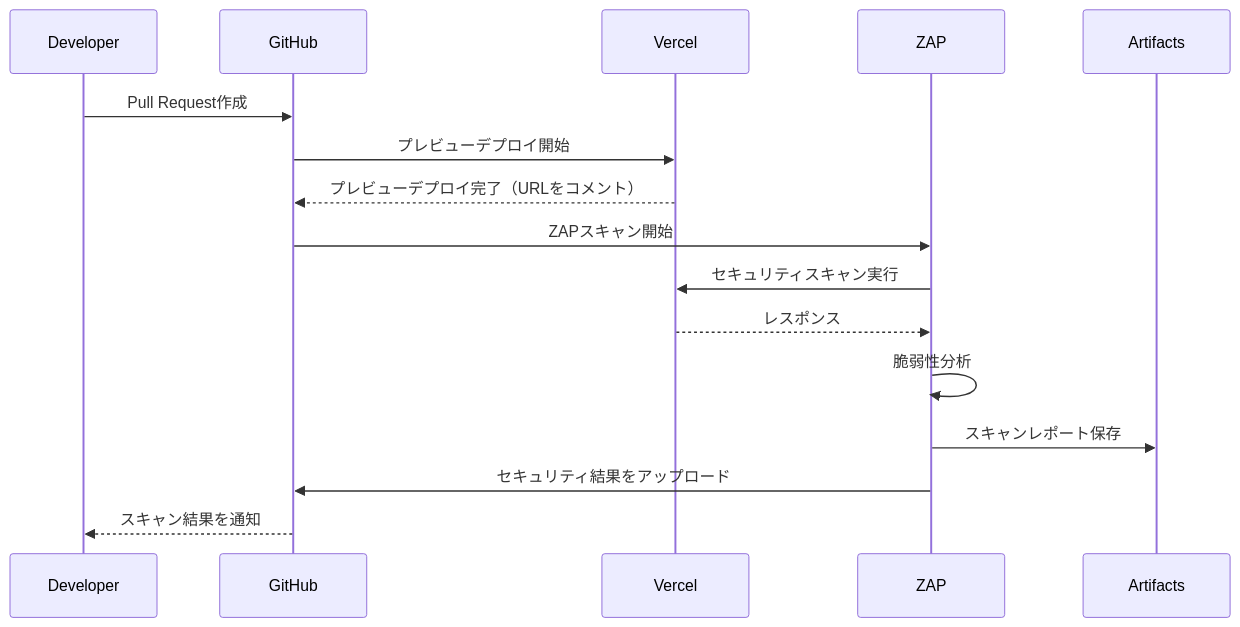
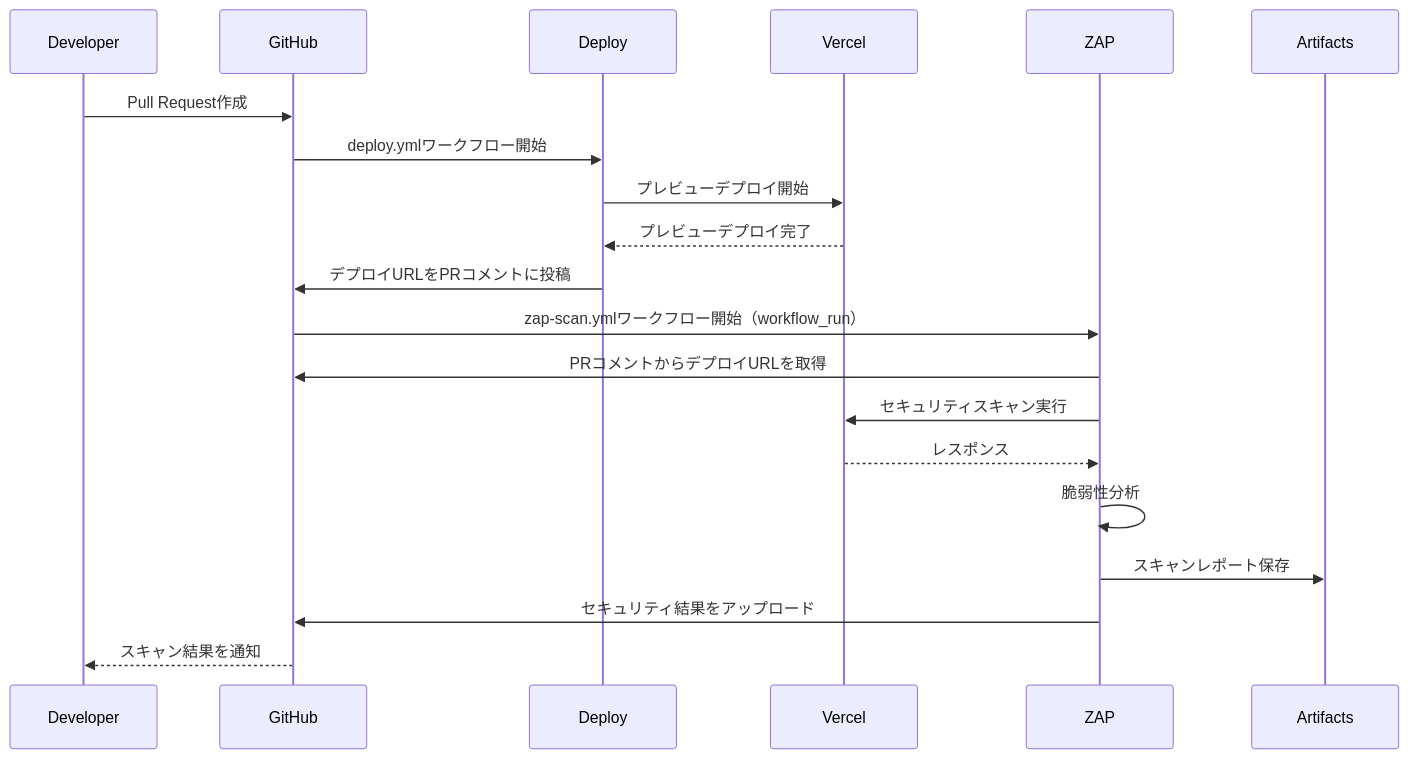
The diagram in docs/pr-descriptions/PR_DESCRIPTION_ISSUE42.md (eddie-splatoon/salmon-run-scenario-hub), drawn with Mermaid before and after one commit. The commit also changed other lines of this file, not shown here.

````diff
--- a/docs/pr-descriptions/PR_DESCRIPTION_ISSUE42.md
+++ b/docs/pr-descriptions/PR_DESCRIPTION_ISSUE42.md
@@ -36,19 +49,23 @@
 ```mermaid
 sequenceDiagram
     participant Developer
     participant GitHub
+    participant Deploy
     participant Vercel
     participant ZAP
     participant Artifacts
     
     Developer->>GitHub: Pull Request作成
-    GitHub->>Vercel: プレビューデプロイ開始
-    Vercel-->>GitHub: プレビューデプロイ完了（URLをコメント）
-    GitHub->>ZAP: ZAPスキャン開始
+    GitHub->>Deploy: deploy.ymlワークフロー開始
+    Deploy->>Vercel: プレビューデプロイ開始
+    Vercel-->>Deploy: プレビューデプロイ完了
+    Deploy->>GitHub: デプロイURLをPRコメントに投稿
+    GitHub->>ZAP: zap-scan.ymlワークフロー開始（workflow_run）
+    ZAP->>GitHub: PRコメントからデプロイURLを取得
     ZAP->>Vercel: セキュリティスキャン実行
     Vercel-->>ZAP: レスポンス
     ZAP->>ZAP: 脆弱性分析
     ZAP->>Artifacts: スキャンレポート保存
     ZAP->>GitHub: セキュリティ結果をアップロード
     GitHub-->>Developer: スキャン結果を通知
 ```
````
